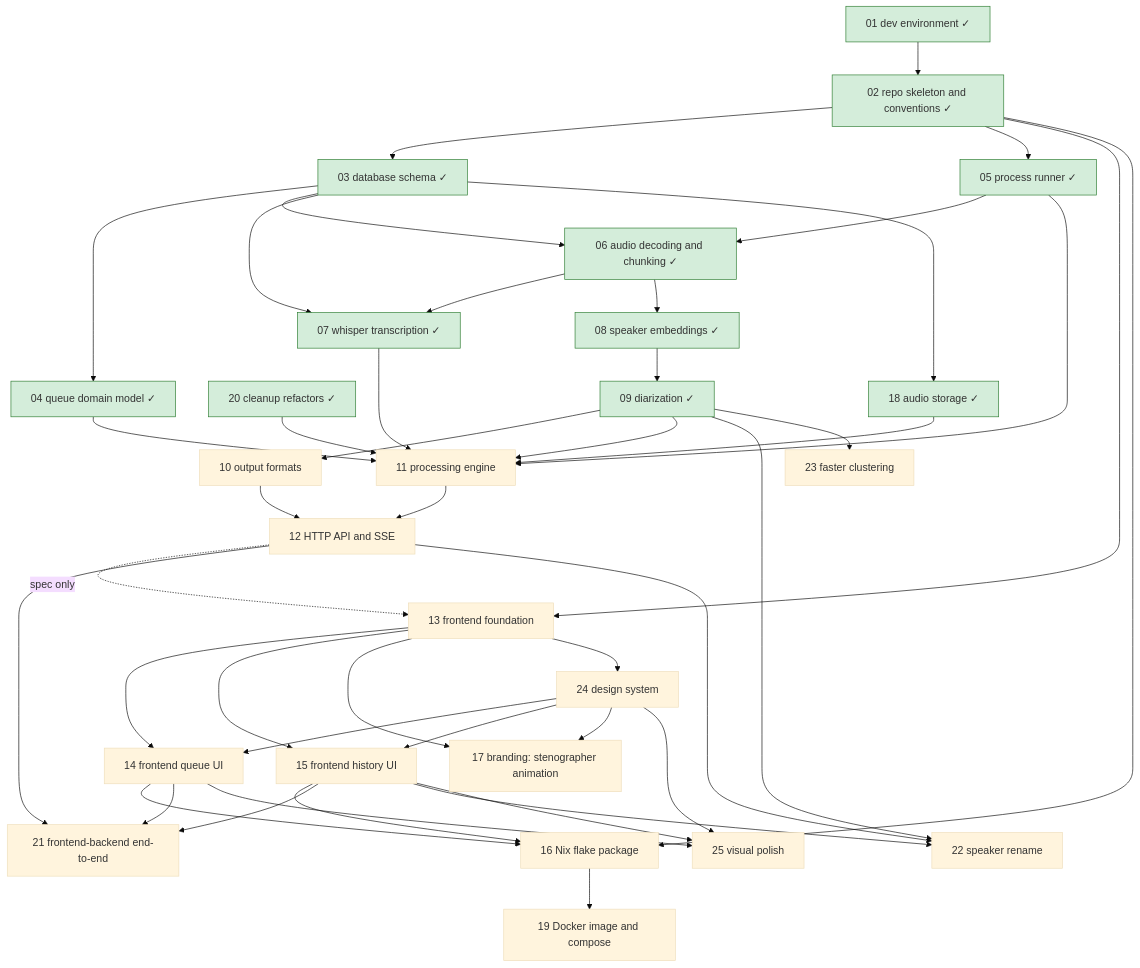
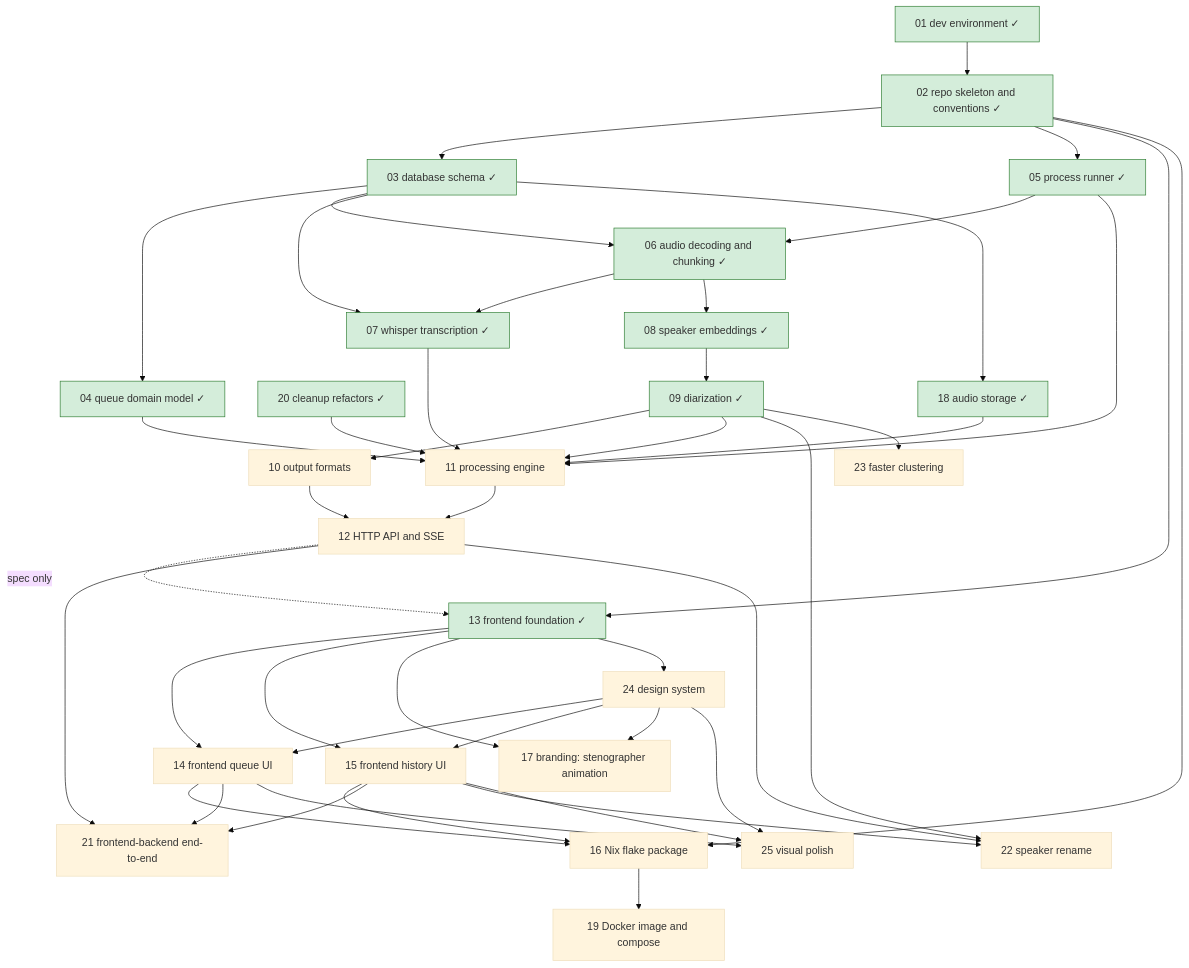
Before and after one commit to lulu-berlin/speech-to-text-app: the diagram in roadmap/README.md, drawn with Mermaid (base theme). The commit also changed other lines of this file and 7 other files, not shown here.

Commit message:
Complete roadmap item 13: move spec to docs/specs/frontend-foundation.md

````diff
--- a/roadmap/README.md
+++ b/roadmap/README.md
@@ -17,48 +17,48 @@
 ```mermaid
 graph TD
   01[01 dev environment ✓]:::done --> 02[02 repo skeleton and conventions ✓]:::done
   02 --> 03[03 database schema ✓]:::done
   03 --> 04[04 queue domain model ✓]:::done
   02 --> 05[05 process runner ✓]:::done
   05 --> 06[06 audio decoding and chunking ✓]:::done
   03 --> 06
   06 --> 07[07 whisper transcription ✓]:::done
   03 --> 07
   06 --> 08[08 speaker embeddings ✓]:::done
   08 --> 09[09 diarization ✓]:::done
   09 --> 10[10 output formats]
   04 --> 11[11 processing engine]
   05 --> 11
   07 --> 11
   09 --> 11
   03 --> 18[18 audio storage ✓]:::done
   18 --> 11
   20 --> 11
   11 --> 12[12 HTTP API and SSE]
   10 --> 12
-  02 --> 13[13 frontend foundation]
+  02 --> 13[13 frontend foundation ✓]:::done
   12 -. spec only .-> 13
   13 --> 14[14 frontend queue UI]
   13 --> 15[15 frontend history UI]
   02 --> 16[16 Nix flake package]
   14 --> 16
   15 --> 16
   13 --> 17[17 branding: stenographer animation]
   16 --> 19[19 Docker image and compose]
   20[20 cleanup refactors ✓]:::done
   12 --> 21[21 frontend-backend end-to-end]
   14 --> 21
   15 --> 21
   09 --> 22[22 speaker rename]
   12 --> 22
   15 --> 22
   09 --> 23[23 faster clustering]
   13 --> 24[24 design system]
   24 --> 14
   24 --> 15
   24 --> 17
   24 --> 25[25 visual polish]
   14 --> 25
   15 --> 25
   classDef done fill:#d4edda,stroke:#2e7d32
 ```
````
